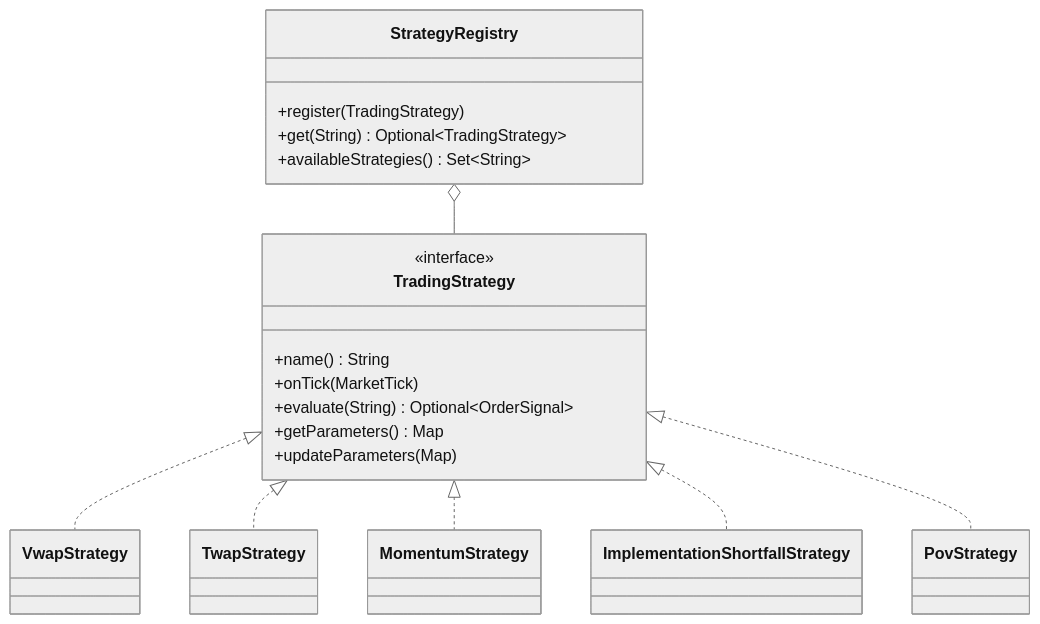
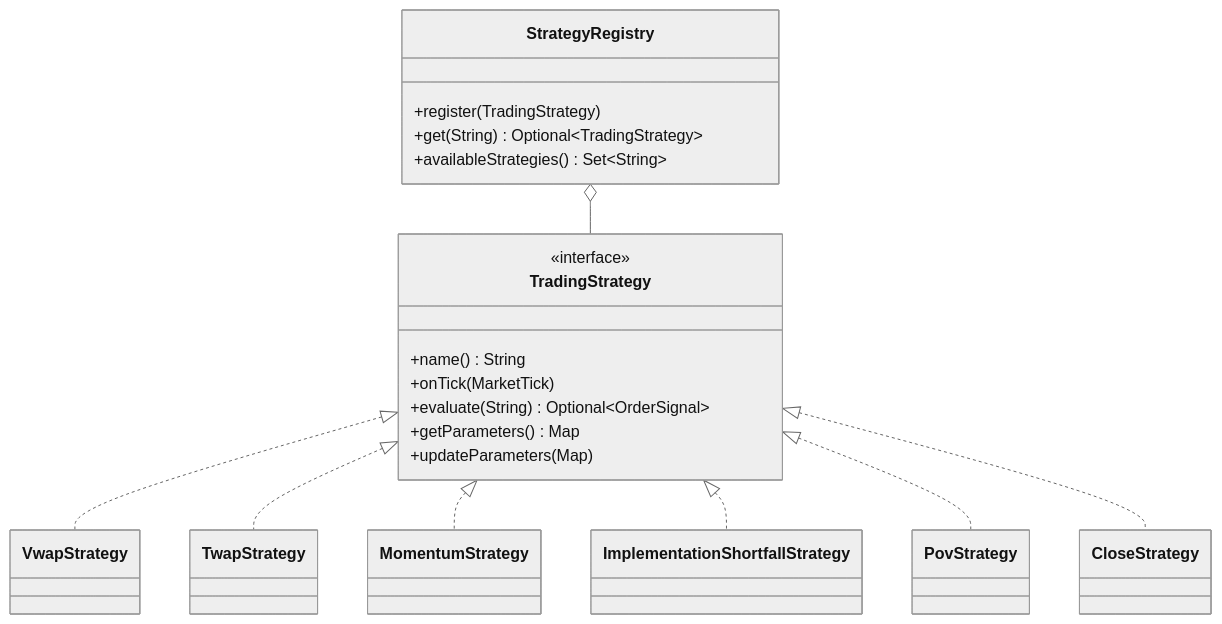
One commit to drag0sd0g/MariaAlpha changed the eighth of 18 diagrams in docs/technical-design-document.md. Above: the diagram before and after it, drawn with Mermaid (neutral theme). The commit also changed other lines of this file and 11 other files, not shown here.

````diff
--- a/docs/technical-design-document.md
+++ b/docs/technical-design-document.md
@@ -674,22 +676,23 @@
 ```mermaid
 classDiagram
     class TradingStrategy {
         <<interface>>
         +name() String
         +onTick(MarketTick)
         +evaluate(String) Optional~OrderSignal~
         +getParameters() Map
         +updateParameters(Map)
     }
     class StrategyRegistry {
         +register(TradingStrategy)
         +get(String) Optional~TradingStrategy~
         +availableStrategies() Set~String~
     }
     TradingStrategy <|.. VwapStrategy
     TradingStrategy <|.. TwapStrategy
     TradingStrategy <|.. MomentumStrategy
     TradingStrategy <|.. ImplementationShortfallStrategy
     TradingStrategy <|.. PovStrategy
+    TradingStrategy <|.. CloseStrategy
     StrategyRegistry o-- TradingStrategy
 ```
````
